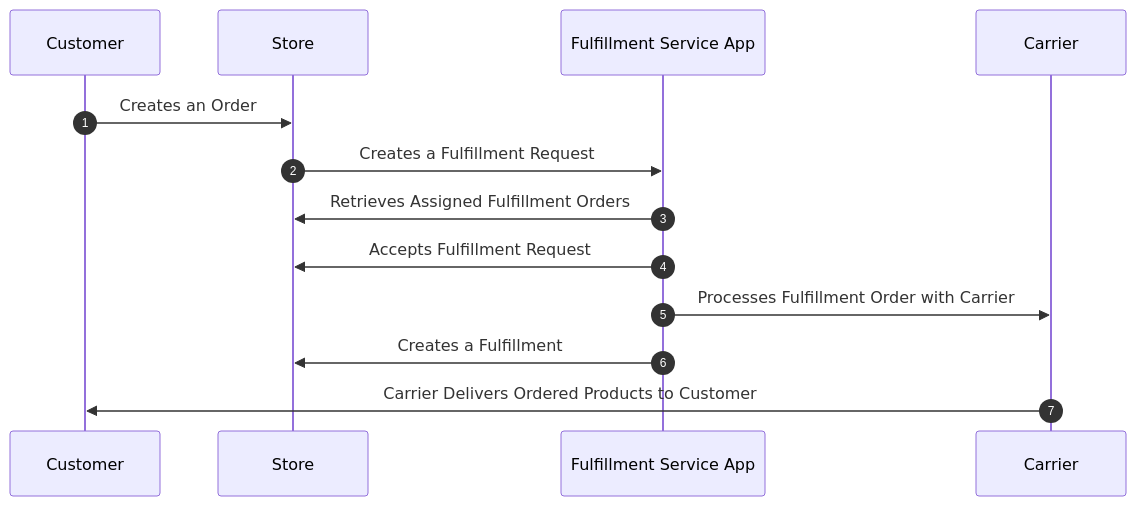
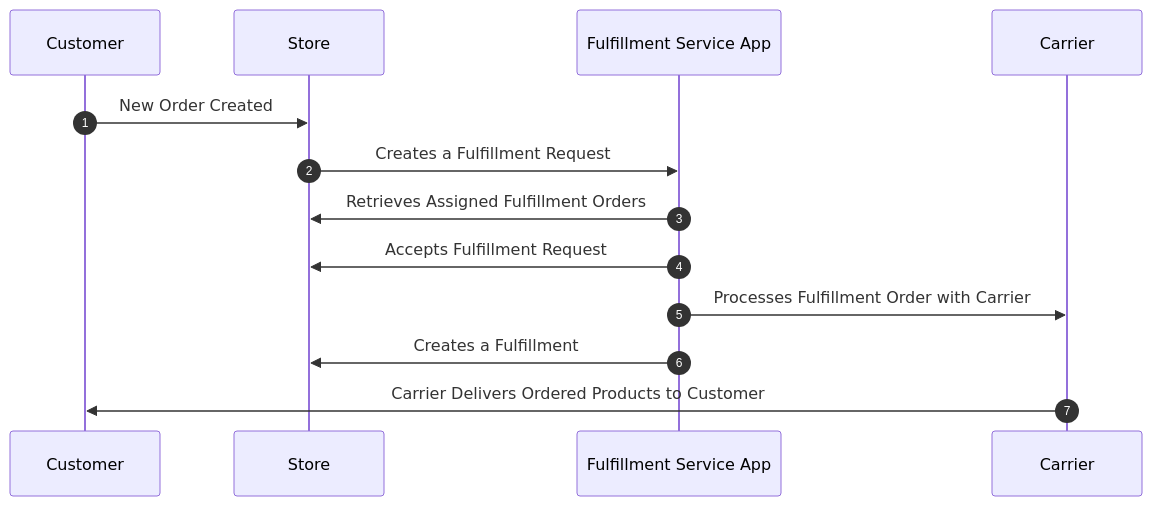
Before and after one commit to 29next/developer-docs: the diagram in docs/apps/guides/fulfillment-service.md, drawn with Mermaid. The commit also changed other lines of this file, not shown here.

````diff
--- a/docs/apps/guides/fulfillment-service.md
+++ b/docs/apps/guides/fulfillment-service.md
@@ -19,11 +19,11 @@
 ``` mermaid
 sequenceDiagram
   autonumber
-  Customer->>Store: Creates an Order
+  Customer->>Store: New Order Created
   Store->>Fulfillment Service App: Creates a Fulfillment Request
   Fulfillment Service App->>Store: Retrieves Assigned Fulfillment Orders
   Fulfillment Service App->>Store: Accepts Fulfillment Request
   Fulfillment Service App->>Carrier: Processes Fulfillment Order with Carrier
   Fulfillment Service App->>Store: Creates a Fulfillment
   Carrier->>Customer: Carrier Delivers Ordered Products to Customer
 ```
````
